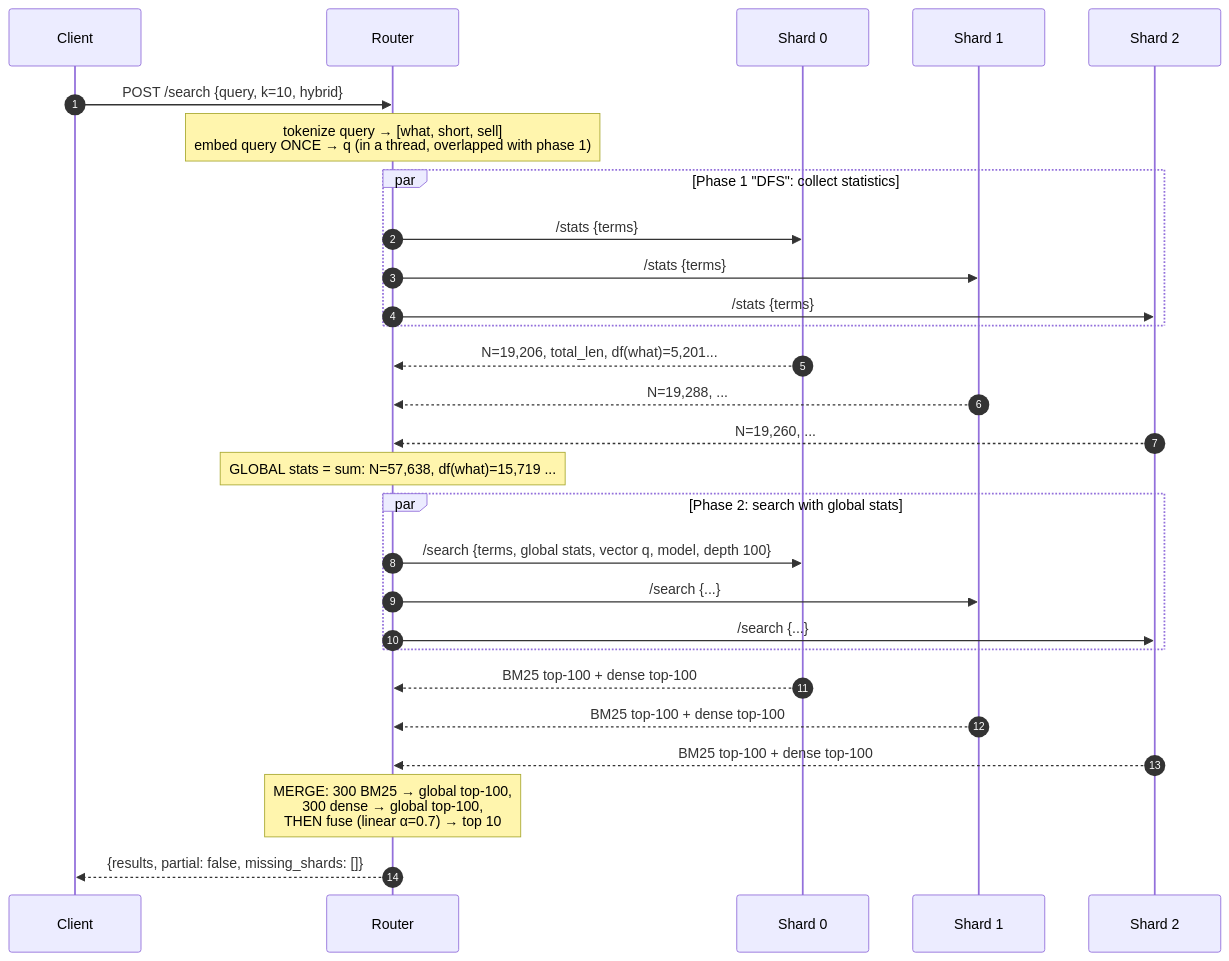
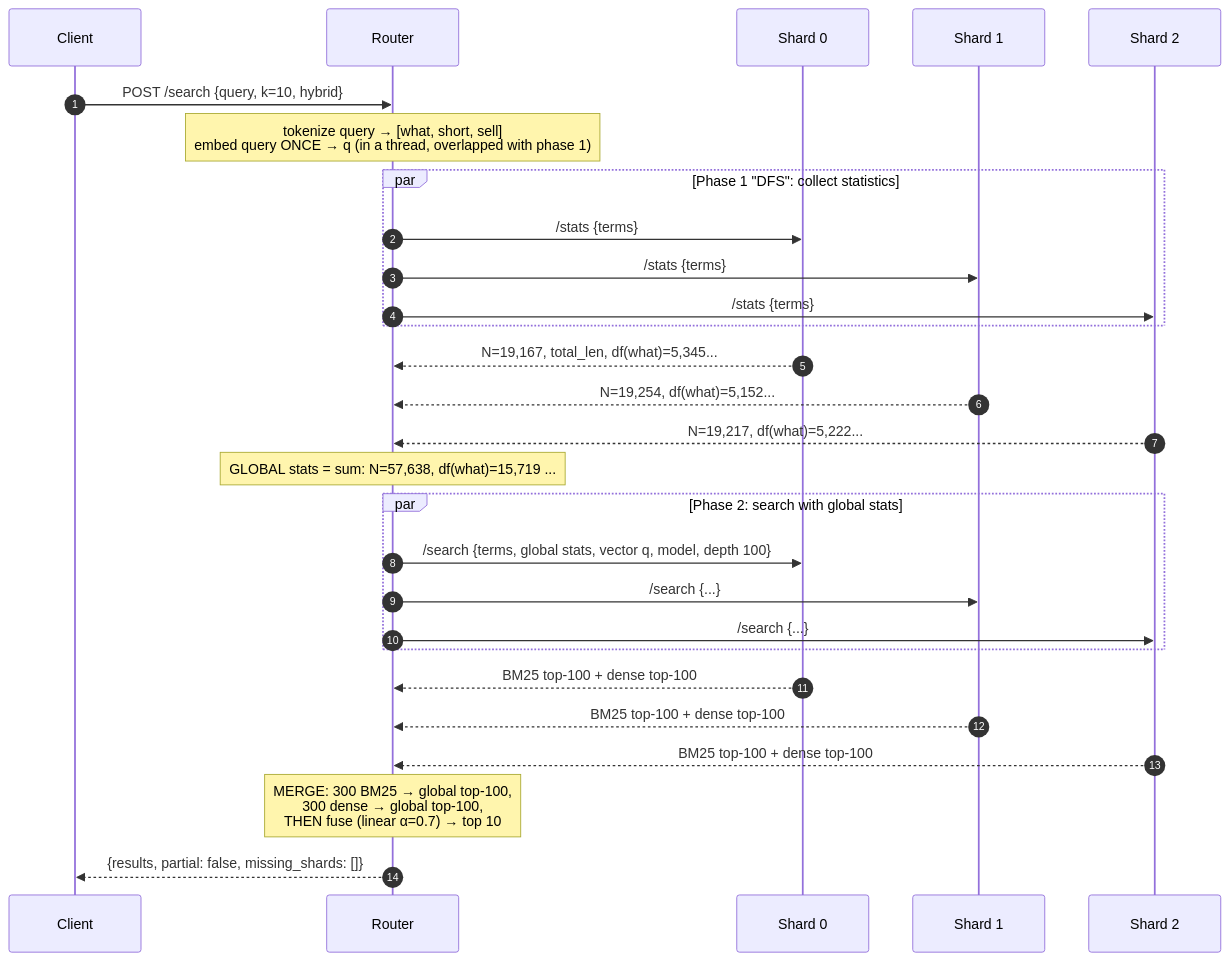
One commit to node31/fiqa-agentic-retrieval changed the second of 7 diagrams in docs/from_zero/07_part_b_distributed.md. Above: the diagram before and after it, drawn with Mermaid. The commit also changed other lines of this file and 4 other files, not shown here.

Commit message:
Fix per-shard doc counts and shard diagram: every shard holds BM25 + vectors

````diff
--- a/docs/from_zero/07_part_b_distributed.md
+++ b/docs/from_zero/07_part_b_distributed.md
@@ -51,30 +54,30 @@
 ```mermaid
 sequenceDiagram
     autonumber
     participant C as Client
     participant R as Router
     participant S0 as Shard 0
     participant S1 as Shard 1
     participant S2 as Shard 2
     C->>R: POST /search {query, k=10, hybrid}
     Note over R: tokenize query → [what, short, sell]<br/>embed query ONCE → q (in a thread, overlapped with phase 1)
     par Phase 1 "DFS": collect statistics
         R->>S0: /stats {terms}
         R->>S1: /stats {terms}
         R->>S2: /stats {terms}
     end
-    S0-->>R: N=19,206, total_len, df(what)=5,201...
-    S1-->>R: N=19,288, ...
-    S2-->>R: N=19,260, ...
+    S0-->>R: N=19,167, total_len, df(what)=5,345...
+    S1-->>R: N=19,254, df(what)=5,152...
+    S2-->>R: N=19,217, df(what)=5,222...
     Note over R: GLOBAL stats = sum: N=57,638, df(what)=15,719 ...
     par Phase 2: search with global stats
         R->>S0: /search {terms, global stats, vector q, model, depth 100}
         R->>S1: /search {...}
         R->>S2: /search {...}
     end
     S0-->>R: BM25 top-100 + dense top-100
     S1-->>R: BM25 top-100 + dense top-100
     S2-->>R: BM25 top-100 + dense top-100
     Note over R: MERGE: 300 BM25 → global top-100,<br/>300 dense → global top-100,<br/>THEN fuse (linear α=0.7) → top 10
     R-->>C: {results, partial: false, missing_shards: []}
 ```
````
